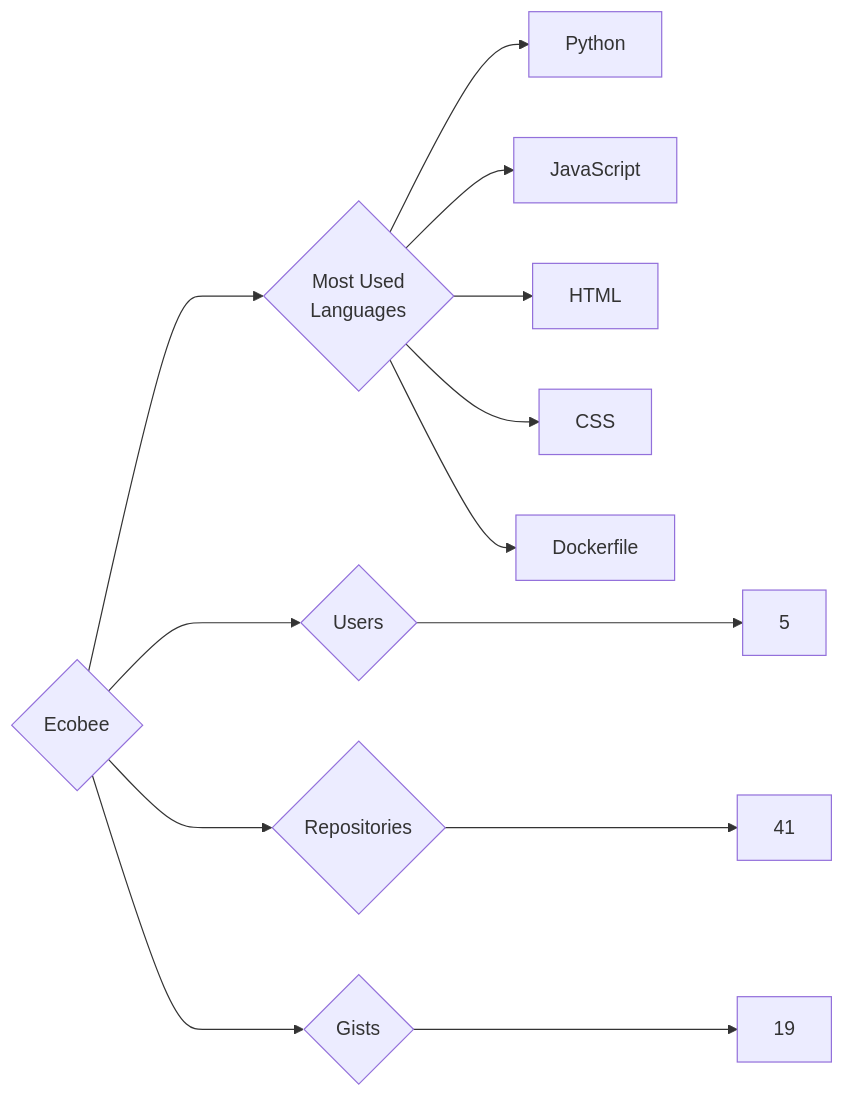
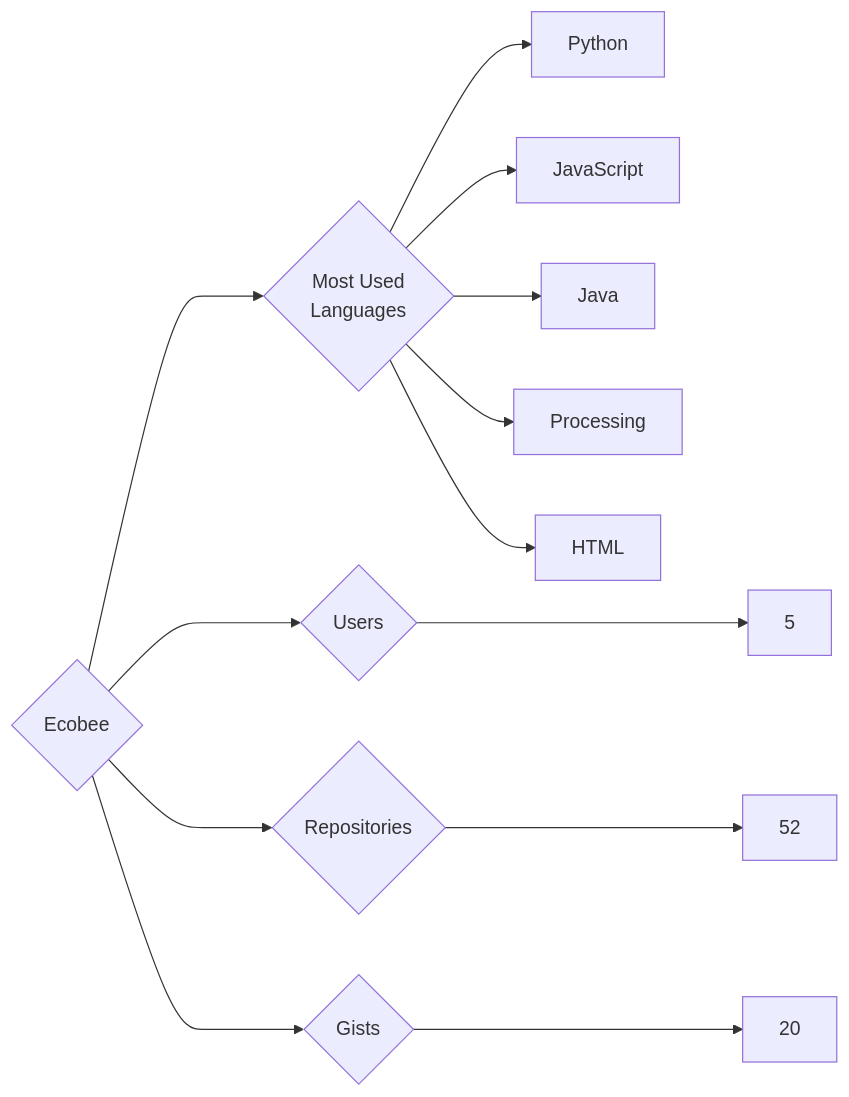
One commit to trickest/insiders changed the diagram in targets/Ecobee/README.md. Above: the diagram before and after it, drawn with Mermaid. The commit also changed 1007 other files, not shown here.

````diff
--- a/targets/Ecobee/README.md
+++ b/targets/Ecobee/README.md
@@ -3,13 +3,13 @@
 ```mermaid
 graph LR
 COMPANY_NAME{Ecobee}
 COMPANY_NAME ---> U{Users} ---> UN[5]
-COMPANY_NAME ---> R{Repositories} ---> RN[41]
-COMPANY_NAME ---> G{Gists} ---> GN[19]
+COMPANY_NAME ---> R{Repositories} ---> RN[52]
+COMPANY_NAME ---> G{Gists} ---> GN[20]
 COMPANY_NAME ---> ML{Most Used<br>Languages}
 ML --> Python[Python]
 ML --> JavaScript[JavaScript]
+ML --> Java[Java]
+ML --> Processing[Processing]
 ML --> HTML[HTML]
-ML --> CSS[CSS]
-ML --> Dockerfile[Dockerfile]
 ```
````
